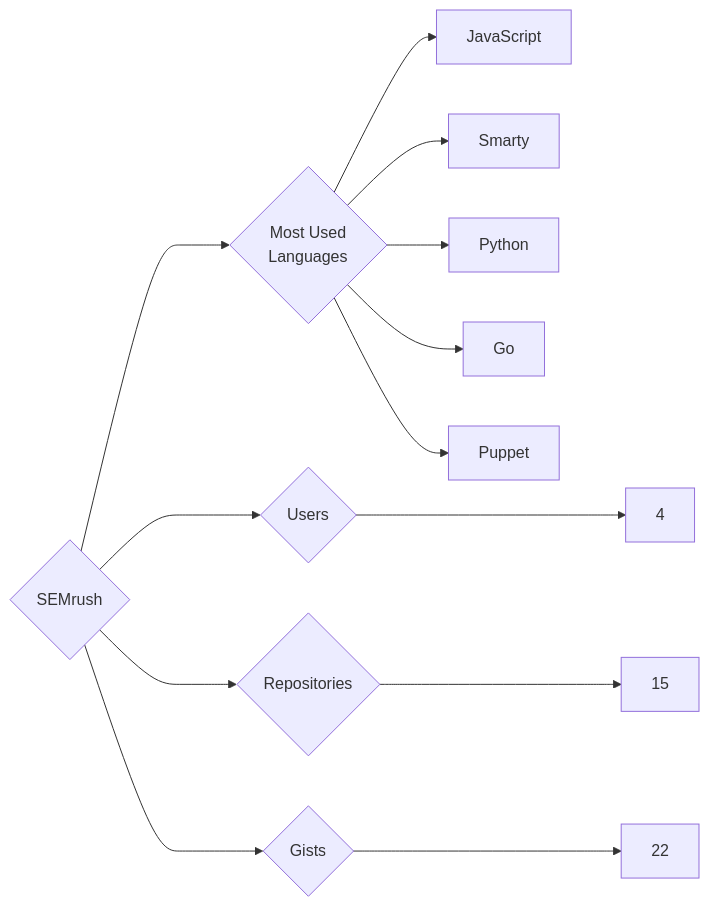
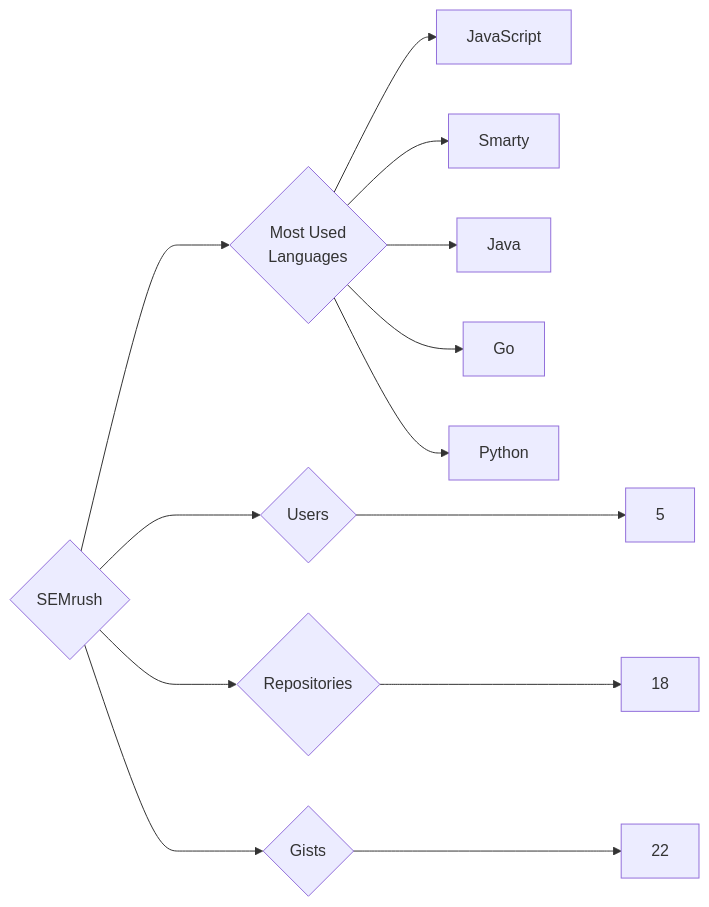
The diagram in targets/SEMrush/README.md (trickest/insiders), drawn with Mermaid before and after one commit. The commit also changed 948 other files, not shown here.

````diff
--- a/targets/SEMrush/README.md
+++ b/targets/SEMrush/README.md
@@ -3,13 +3,13 @@
 ```mermaid
 graph LR
 COMPANY_NAME{SEMrush}
-COMPANY_NAME ---> U{Users} ---> UN[4]
-COMPANY_NAME ---> R{Repositories} ---> RN[15]
+COMPANY_NAME ---> U{Users} ---> UN[5]
+COMPANY_NAME ---> R{Repositories} ---> RN[18]
 COMPANY_NAME ---> G{Gists} ---> GN[22]
 COMPANY_NAME ---> ML{Most Used<br>Languages}
 ML --> JavaScript[JavaScript]
 ML --> Smarty[Smarty]
+ML --> Java[Java]
+ML --> Go[Go]
 ML --> Python[Python]
-ML --> Go[Go]
-ML --> Puppet[Puppet]
 ```
````
